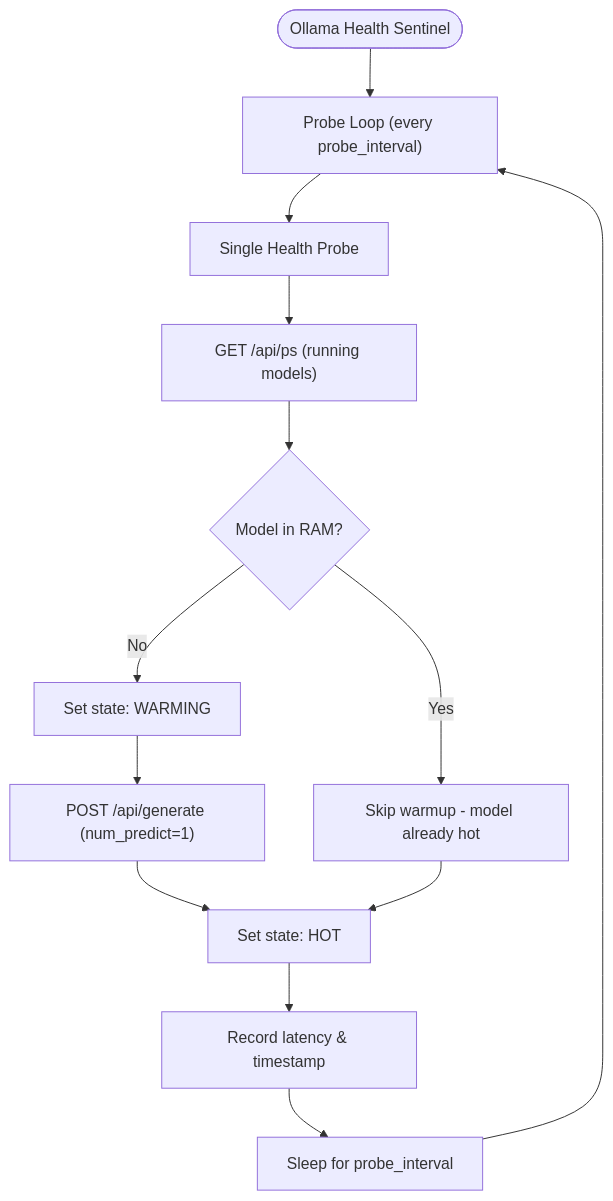
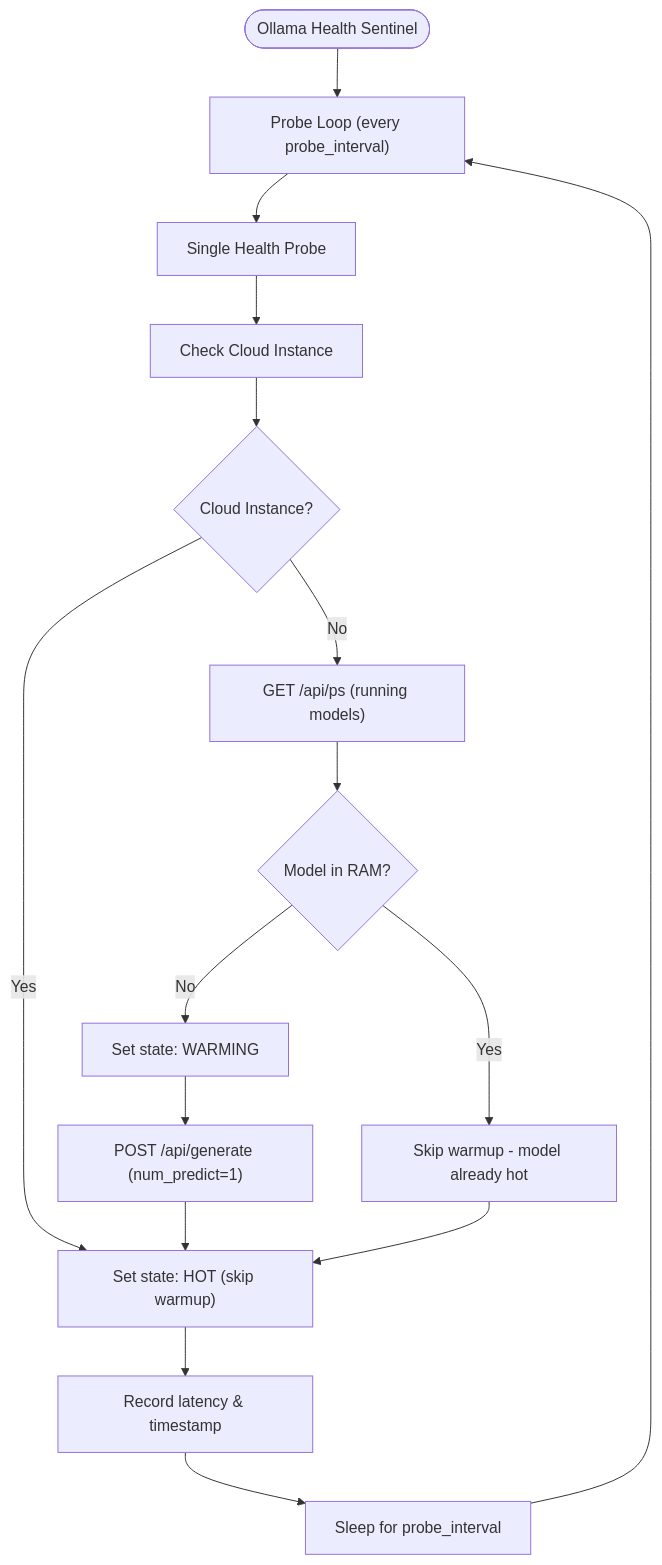
One commit to Revanththetalogics/aireume changed the sixth of 15 diagrams in .qoder/repowiki/en/content/Analysis Engine/LLM Service Integration.md. Above: the diagram before and after it, drawn with Mermaid. The commit also changed other lines of this file and 11 other files, not shown here.

````diff
--- a/.qoder/repowiki/en/content/Analysis Engine/LLM Service Integration.md
+++ b/.qoder/repowiki/en/content/Analysis Engine/LLM Service Integration.md
@@ -269,15 +338,18 @@
 ```mermaid
 flowchart TD
 Start(["Ollama Health Sentinel"]) --> ProbeLoop["Probe Loop (every probe_interval)"]
 ProbeLoop --> ProbeOnce["Single Health Probe"]
-ProbeOnce --> CheckModels["GET /api/ps (running models)"]
+ProbeOnce --> CheckCloud["Check Cloud Instance"]
+CheckCloud --> IsCloud{"Cloud Instance?"}
+IsCloud --> |Yes| SetHot["Set state: HOT (skip warmup)"]
+IsCloud --> |No| CheckModels["GET /api/ps (running models)"]
 CheckModels --> ModelHot{"Model in RAM?"}
 ModelHot --> |No| SetWarming["Set state: WARMING"]
 SetWarming --> TriggerWarmup["POST /api/generate (num_predict=1)"]
-TriggerWarmup --> SetHot["Set state: HOT"]
+TriggerWarmup --> SetHot
 ModelHot --> |Yes| SkipWarmup["Skip warmup - model already hot"]
 SkipWarmup --> SetHot
 SetHot --> RecordStats["Record latency & timestamp"]
 RecordStats --> Sleep["Sleep for probe_interval"]
 Sleep --> ProbeLoop
 ```
````
